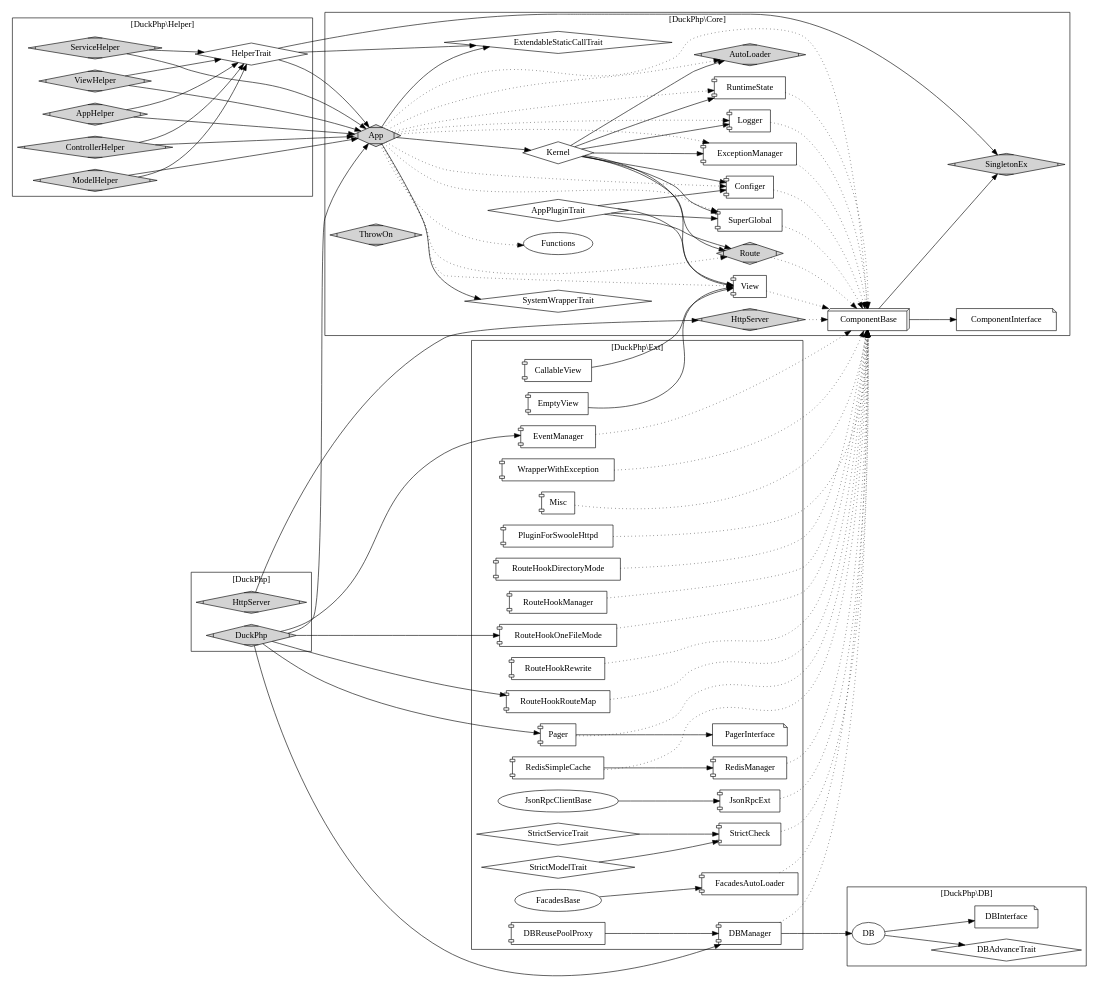
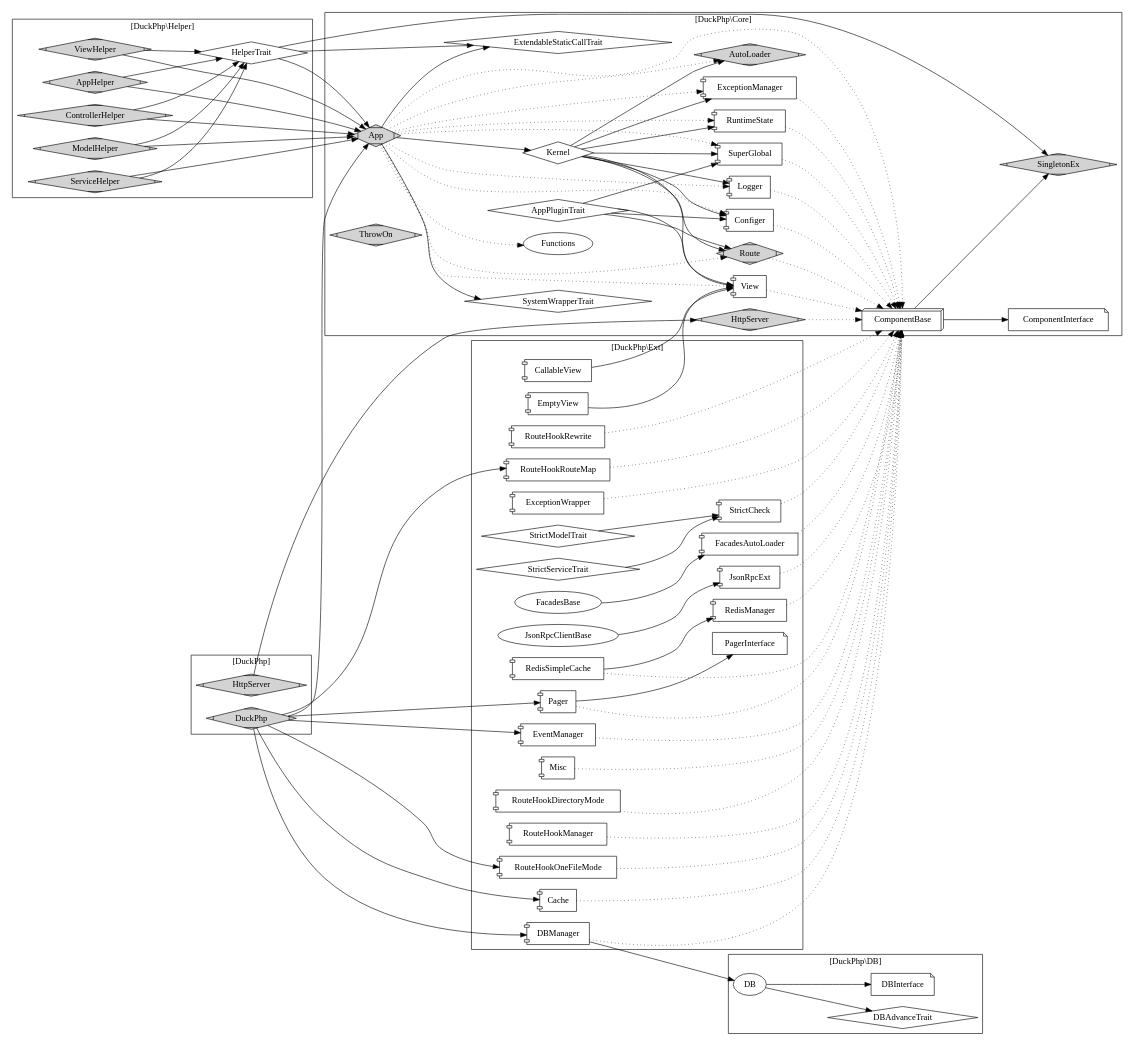
One commit to dvaknheo/duckphp changed the diagram in doc/duckphp.gv. Above: the diagram before and after it, drawn with Graphviz. The commit also changed 13 other files, not shown here.

```diff
--- a/doc/duckphp.gv
+++ b/doc/duckphp.gv
@@ -109,11 +109,7 @@
 
 }
 
-
-
-
 subgraph cluster_DB {
-    
     label = "[DuckPhp\\DB]";
 
     DB_DB [label="DB"];
@@ -124,16 +120,14 @@
     DB_DB -> DB_DBInterface;
 }
 
-
-
 subgraph cluster_Ext {
-    
     label = "[DuckPhp\\Ext]";
 
     CallableView[shape="component"];
+    Cache[shape="component"];
     DBManager[shape="component"];
-    DBReusePoolProxy[shape="component"];
     EmptyView[shape="component"];
+    EventManager[shape="component"];
     FacadesAutoLoader[shape="component"];
     FacadesBase ;
     JsonRpcClientBase ;
@@ -141,7 +135,6 @@
     Misc[shape="component"];
     Pager[shape="component"];
     PagerInterface [shape=note];
-    PluginForSwooleHttpd[shape="component"];
     RedisManager[shape="component"];
     RedisSimpleCache[shape="component"];
     RouteHookDirectoryMode[shape="component"];
@@ -152,12 +145,10 @@
     StrictCheck[shape="component"];
     StrictModelTrait [shape=diamond];
     StrictServiceTrait [shape=diamond];
-    EventManager [shape="component"];
-    WrapperWithException [shape="component"];
+    ExceptionWrapper [shape="component"];
 
     DBManager -> DB_DB;
     CallableView ->Core_View; 
-    DBReusePoolProxy ->DBManager;
     EmptyView ->Core_View; 
     JsonRpcClientBase ->JsonRpcExt;
     FacadesBase -> FacadesAutoLoader;
@@ -172,7 +163,7 @@
     Misc -> Core_ComponentBase [style="dotted"];
     RedisSimpleCache -> Core_ComponentBase [style="dotted"];
     RedisManager -> Core_ComponentBase [style="dotted"];
-    PluginForSwooleHttpd -> Core_ComponentBase [style="dotted"];
+    Cache -> Core_ComponentBase [style="dotted"];
     StrictCheck -> Core_ComponentBase [style="dotted"];
     RouteHookDirectoryMode -> Core_ComponentBase [style="dotted"];
     RouteHookManager -> Core_ComponentBase [style="dotted"];
@@ -182,12 +173,10 @@
     DBManager -> Core_ComponentBase [style="dotted"];
 
     EventManager -> Core_ComponentBase [style="dotted"];
-    WrapperWithException -> Core_ComponentBase [style="dotted"];
+    ExceptionWrapper -> Core_ComponentBase [style="dotted"];
 }
 
-
 subgraph cluster_DuckPhp {
-    
     label = "[DuckPhp]";
     node [style=filled];
 
@@ -199,6 +188,7 @@
     DuckPhp -> DBManager;
     DuckPhp -> EventManager;
     DuckPhp -> RouteHookOneFileMode;
+    DuckPhp -> Cache;
 
     DuckPhp [shape=Mdiamond];
     HttpServer [shape=Mdiamond;style=filled];
```
